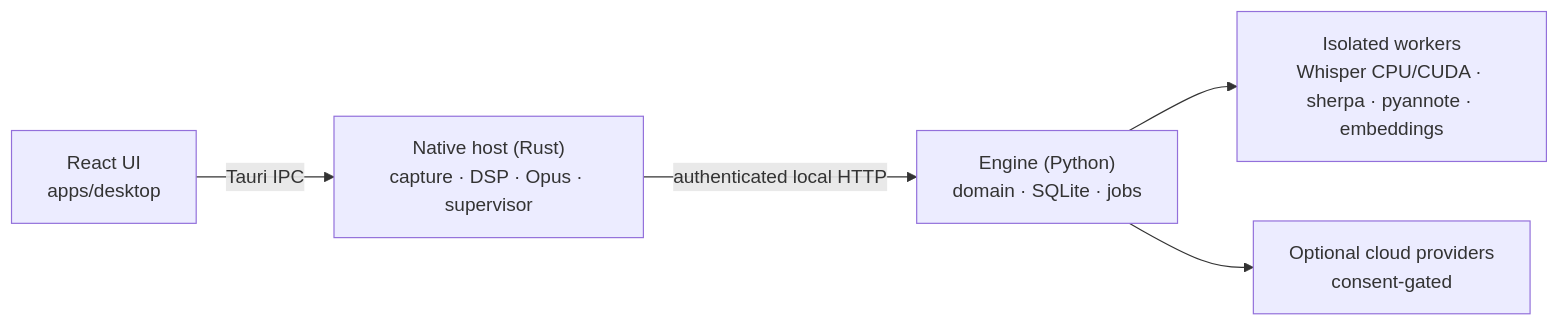
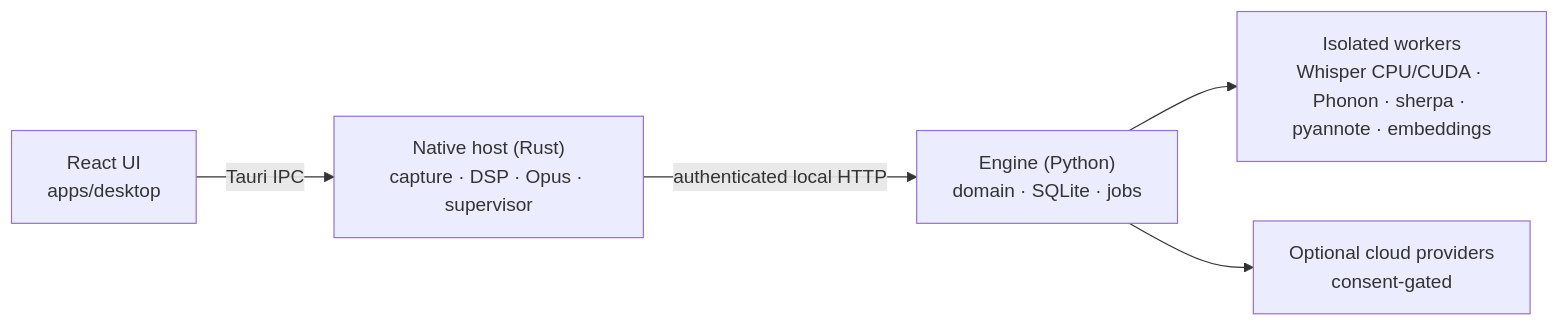
The diagram in README.md (joactr/meeting-assistant), drawn with Mermaid before and after one commit. The commit also changed other lines of this file and 16 other files, not shown here.

Commit message:
Add Phonon-2.5 ASR (Fermion Research) as isolated CPU worker

````diff
--- a/README.md
+++ b/README.md
@@ -36,7 +36,7 @@
 ```mermaid
 flowchart LR
   UI["React UI<br/>apps/desktop"] -->|Tauri IPC| Host["Native host (Rust)<br/>capture · DSP · Opus · supervisor"]
   Host -->|authenticated local HTTP| Engine["Engine (Python)<br/>domain · SQLite · jobs"]
-  Engine --> Workers["Isolated workers<br/>Whisper CPU/CUDA · sherpa · pyannote · embeddings"]
+  Engine --> Workers["Isolated workers<br/>Whisper CPU/CUDA · Phonon · sherpa · pyannote · embeddings"]
   Engine --> Providers["Optional cloud providers<br/>consent-gated"]
 ```
````
